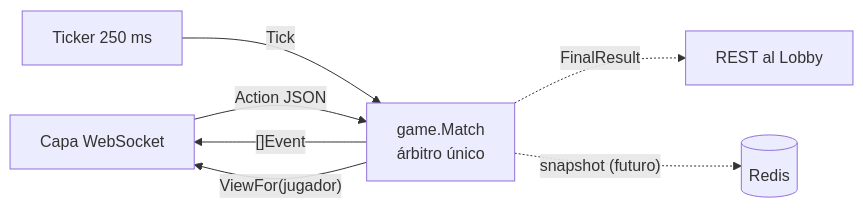
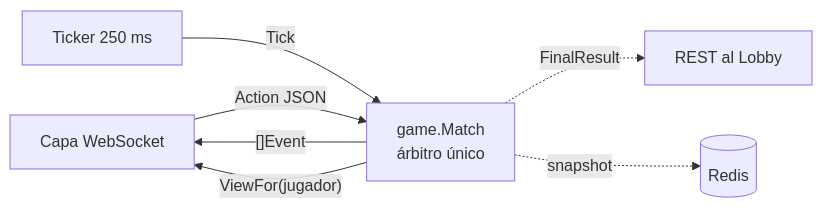
Before and after one commit to soetgdeznsgk/ArchSoft-Group1F: the first of 2 diagrams in game-logic/docs/DISENO.md, drawn with Mermaid. The commit also changed other lines of this file and 20 other files, not shown here.

````diff
--- a/game-logic/docs/DISENO.md
+++ b/game-logic/docs/DISENO.md
@@ -7,9 +7,9 @@
 ```mermaid
 flowchart LR
   WS[Capa WebSocket] -- Action JSON --> M[game.Match<br/>árbitro único]
   T[Ticker 250 ms] -- Tick --> M
   M -- "[]Event" --> WS
   M -- "ViewFor(jugador)" --> WS
   M -. "FinalResult" .-> L[REST al Lobby]
-  M -. "snapshot (futuro)" .-> R[(Redis)]
+  M -. "snapshot" .-> R[(Redis)]
 ```
````
